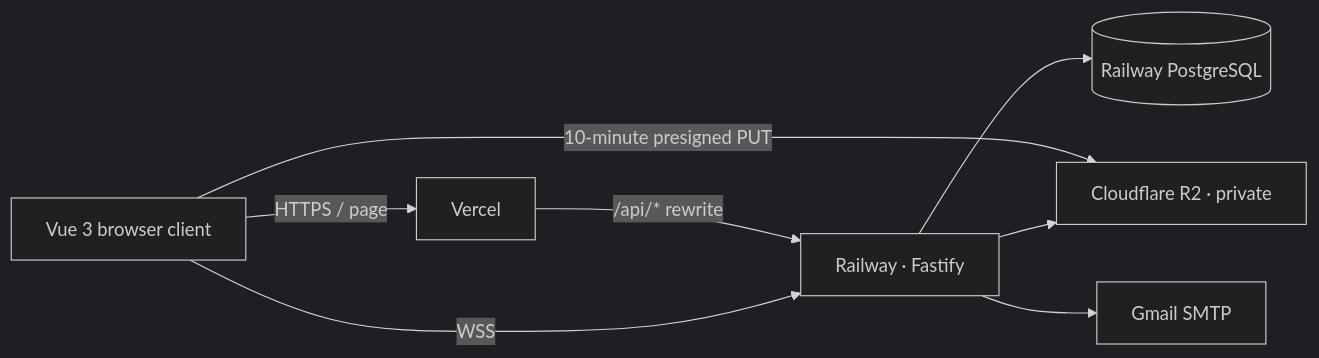
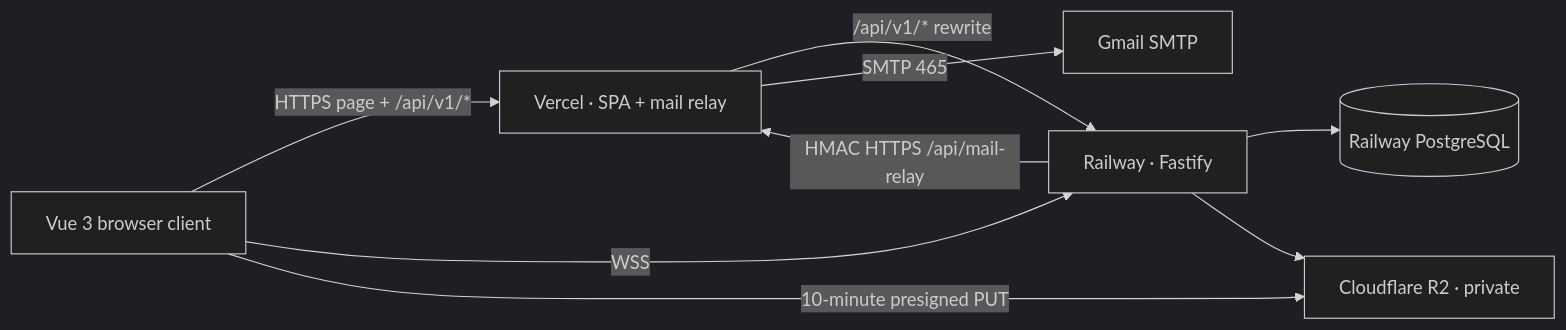
Before and after one commit to computersciencefreshmen/International_Chinese_Platform: the diagram in README.md, drawn with Mermaid (dark theme). The commit also changed other lines of this file and 4 other files, not shown here.

````diff
--- a/README.md
+++ b/README.md
@@ -21,10 +21,11 @@
 ```mermaid
 flowchart LR
-  Browser["Vue 3 browser client"] -->|"HTTPS / page"| Vercel[Vercel]
-  Vercel -->|"/api/* rewrite"| API["Railway · Fastify"]
+  Browser["Vue 3 browser client"] -->|"HTTPS page + /api/v1/*"| Vercel["Vercel · SPA + mail relay"]
+  Vercel -->|"/api/v1/* rewrite"| API["Railway · Fastify"]
   Browser -->|"WSS"| API
   Browser -->|"10-minute presigned PUT"| R2["Cloudflare R2 · private"]
   API --> PG[(Railway PostgreSQL)]
   API --> R2
-  API --> Gmail["Gmail SMTP"]
+  API -->|"HMAC HTTPS /api/mail-relay"| Vercel
+  Vercel -->|"SMTP 465"| Gmail["Gmail SMTP"]
 ```
````
